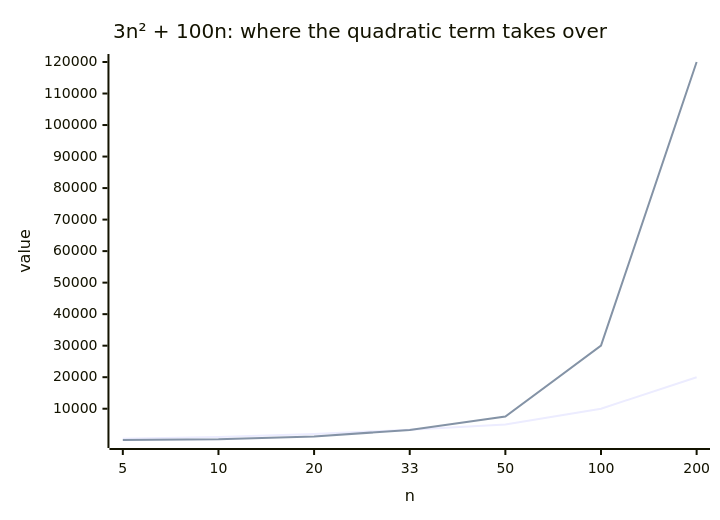
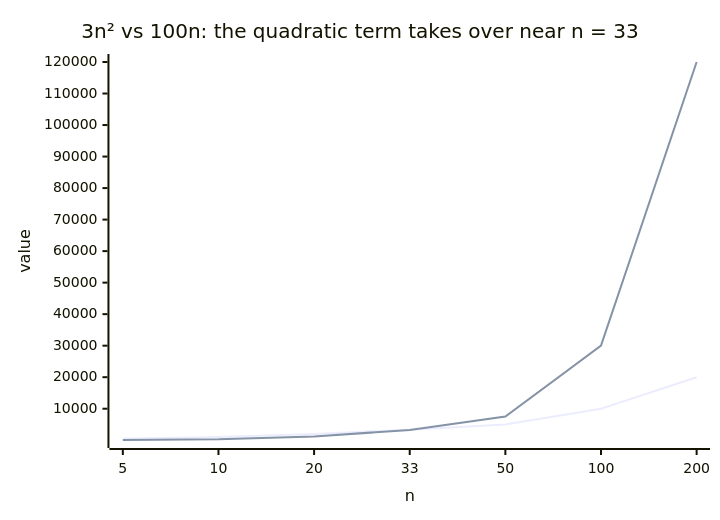
The diagram in src/content/applied-math/asymptotic-analysis/L2-concept.mdx (francoandreDev/knowledge), drawn with Mermaid before and after one commit. The commit also changed other lines of this file and 3 other files, not shown here.

````diff
--- a/src/content/applied-math/asymptotic-analysis/L2-concept.mdx
+++ b/src/content/applied-math/asymptotic-analysis/L2-concept.mdx
@@ -88,8 +78,8 @@
 ```mermaid
 xychart-beta
-    title "3n² + 100n: where the quadratic term takes over"
+    title "3n² vs 100n: the quadratic term takes over near n = 33"
     x-axis "n" [5, 10, 20, 33, 50, 100, 200]
     y-axis "value"
     line "100n (linear term)" [500, 1000, 2000, 3300, 5000, 10000, 20000]
     line "3n² (quadratic term)" [75, 300, 1200, 3267, 7500, 30000, 120000]
 ```
````
